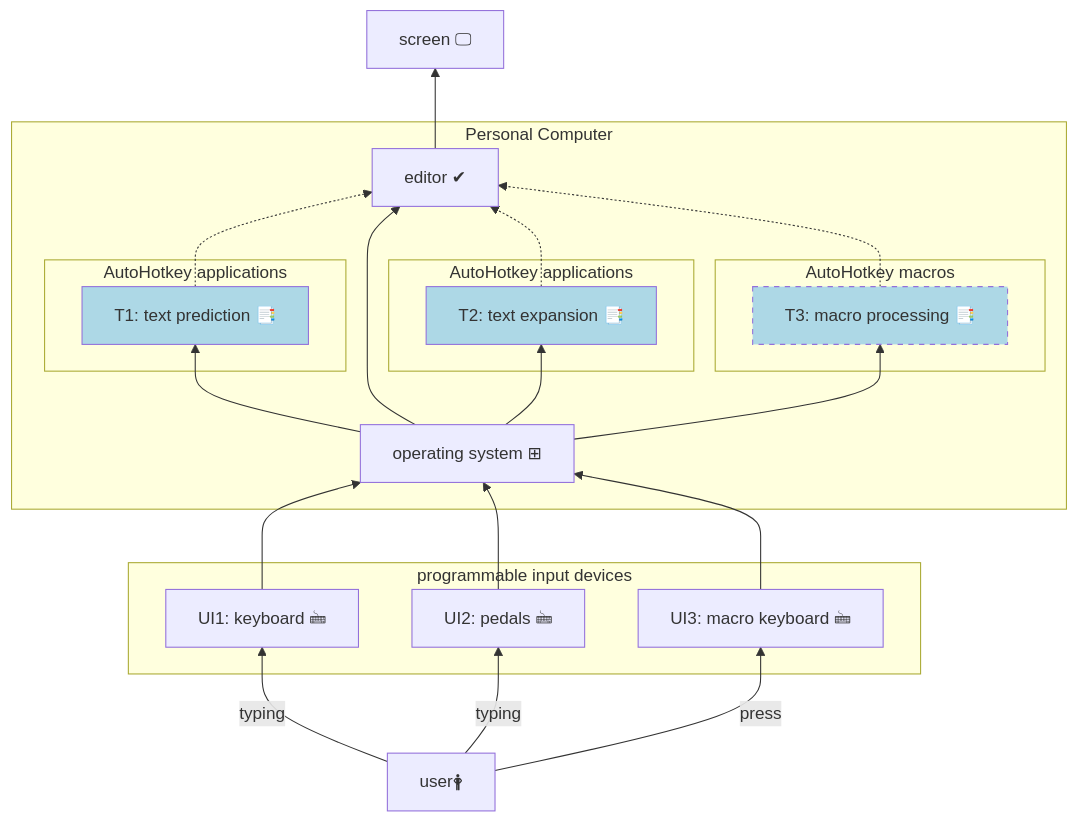
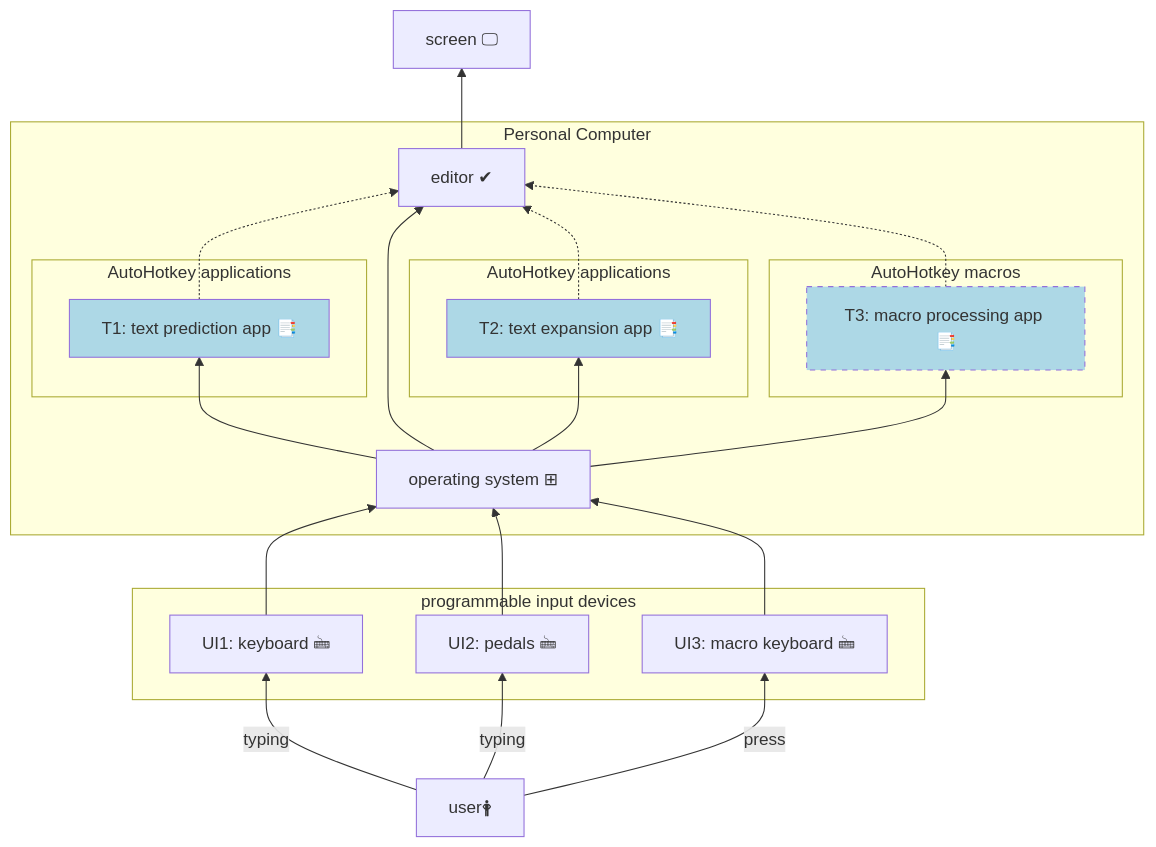
Before and after one commit to mslonik/mslonik: the first of 4 diagrams in BlockDiagrams_GitHub.md, drawn with Mermaid. The commit also changed other lines of this file, not shown here.

````diff
--- a/BlockDiagrams_GitHub.md
+++ b/BlockDiagrams_GitHub.md
@@ -6,57 +6,57 @@
 ```mermaid
 %% new approach
 flowchart BT
 	user["user🛉"]
 	keyboard["UI1: keyboard 🖮"]
 	pedals["UI2: pedals 🖮"]
     MacroKeyboard["UI3: macro keyboard 🖮"] 
 	screen["screen 🖵"] 
 	OperatingSystem["operating system ⊞"]
 	editor["editor ✔"]
-	TextPrediction["T1: text prediction 📑"]
-	TextExpansion["T2: text expansion 📑"]
-    MacroProcessing["T3: macro processing 📑"]
+	TextPrediction["T1: text prediction app 📑"]
+	TextExpansion["T2: text expansion app 📑"]
+    MacroProcessing["T3: macro processing app 📑"]
 
     user	-->	 |typing| keyboard
     user	-->	 |typing| pedals
     user    -->  |press| MacroKeyboard
     
     subgraph "programmable input devices"
         keyboard
         pedals
         MacroKeyboard
     end
 
     subgraph "Personal Computer"
         
         style TextPrediction 	fill:lightblue
         style TextExpansion 	fill:lightblue
         style MacroProcessing   fill:lightblue, stroke-dasharray:5
 
         subgraph "AutoHotkey applications"
             TextPrediction
         end
 
         subgraph "AutoHotkey applications"
             TextExpansion
         end
 
         subgraph "AutoHotkey macros"
             MacroProcessing
         end
    
         OperatingSystem		--> 	TextPrediction
         OperatingSystem		--> 	TextExpansion
         OperatingSystem     -->     MacroProcessing
         
         TextPrediction 		-.-> 	editor
         OperatingSystem		--> 	editor
         TextExpansion 		-.-> 	editor
         MacroProcessing     -.->    editor
     end
 
         keyboard			--> 	OperatingSystem
         pedals 				--> 	OperatingSystem
         MacroKeyboard       -->     OperatingSystem
         editor	            -->     screen
 ```
````
